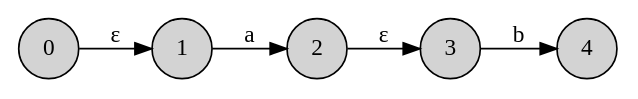
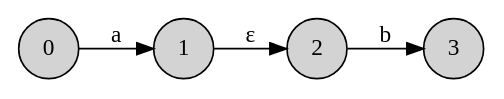
The diagram in automaton/__snapshot__/nfa_trans_concat.dot (illusory0x0/containers.mbt), drawn with Graphviz before and after one commit. The commit also changed 15 other files, not shown here.

```diff
--- a/automaton/__snapshot__/nfa_trans_concat.dot
+++ b/automaton/__snapshot__/nfa_trans_concat.dot
@@ -1,14 +1,12 @@
 
 digraph {
 rankdir=LR;
 node [shape = circle; style = filled;];
-0->1[label="ε"];
-1->2[label="a"];
-2->3[label="ε"];
-3->4[label="b"];
+0->1[label="a"];
+1->2[label="ε"];
+2->3[label="b"];
 0 [label="0";]
 1 [label="1";]
 2 [label="2";]
 3 [label="3";]
-4 [label="4";]
 }
```
